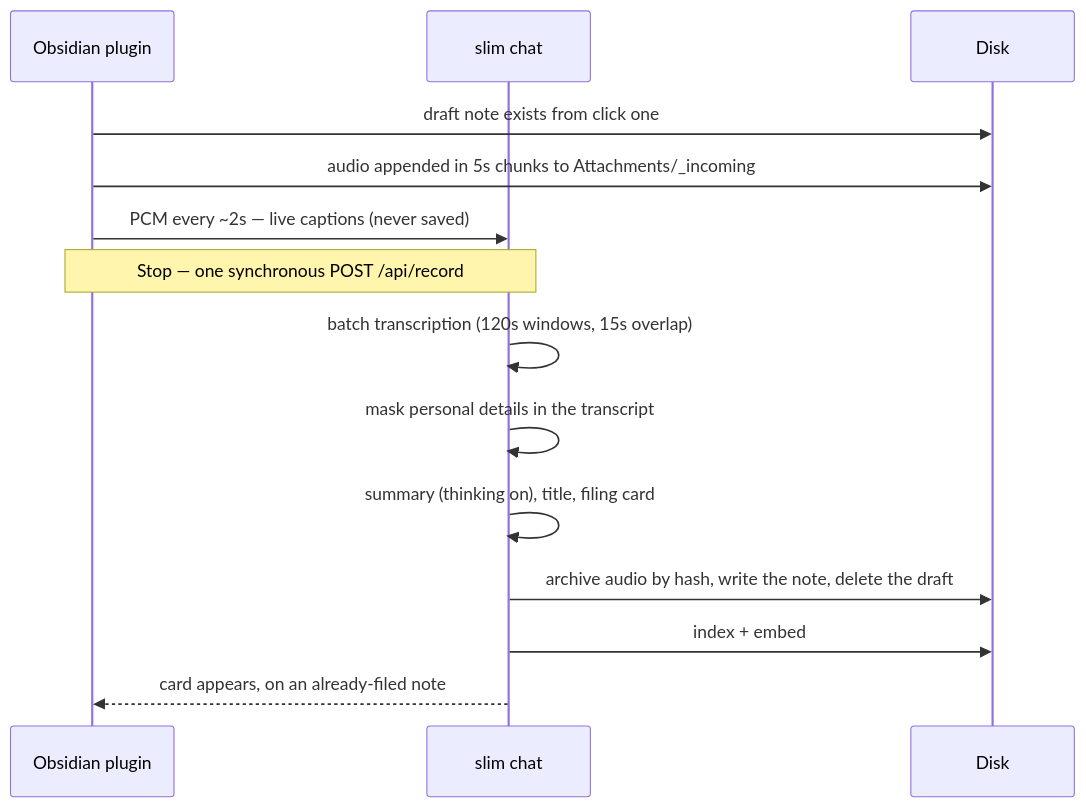
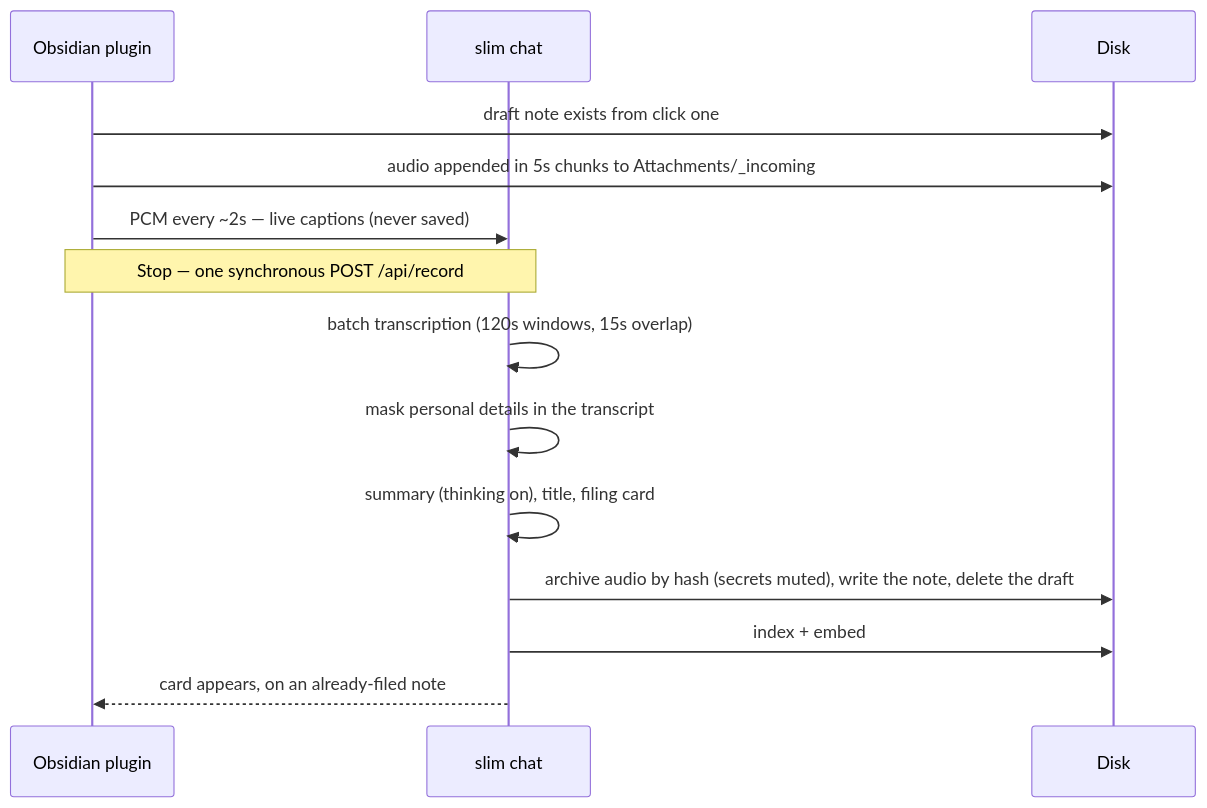
One commit to TimurAkhtemov/slim-obsidian changed the third of 4 diagrams in README.md. Above: the diagram before and after it, drawn with Mermaid. The commit also changed other lines of this file and 2 other files, not shown here.

````diff
--- a/README.md
+++ b/README.md
@@ -132,17 +132,17 @@
 ```mermaid
 sequenceDiagram
     participant O as Obsidian plugin
     participant S as slim chat
     participant D as Disk
 
     O->>D: draft note exists from click one
     O->>D: audio appended in 5s chunks to Attachments/_incoming
     O->>S: PCM every ~2s — live captions (never saved)
     Note over O,S: Stop — one synchronous POST /api/record
     S->>S: batch transcription (120s windows, 15s overlap)
     S->>S: mask personal details in the transcript
     S->>S: summary (thinking on), title, filing card
-    S->>D: archive audio by hash, write the note, delete the draft
+    S->>D: archive audio by hash (secrets muted), write the note, delete the draft
     S->>D: index + embed
     S-->>O: card appears, on an already-filed note
 ```
````
